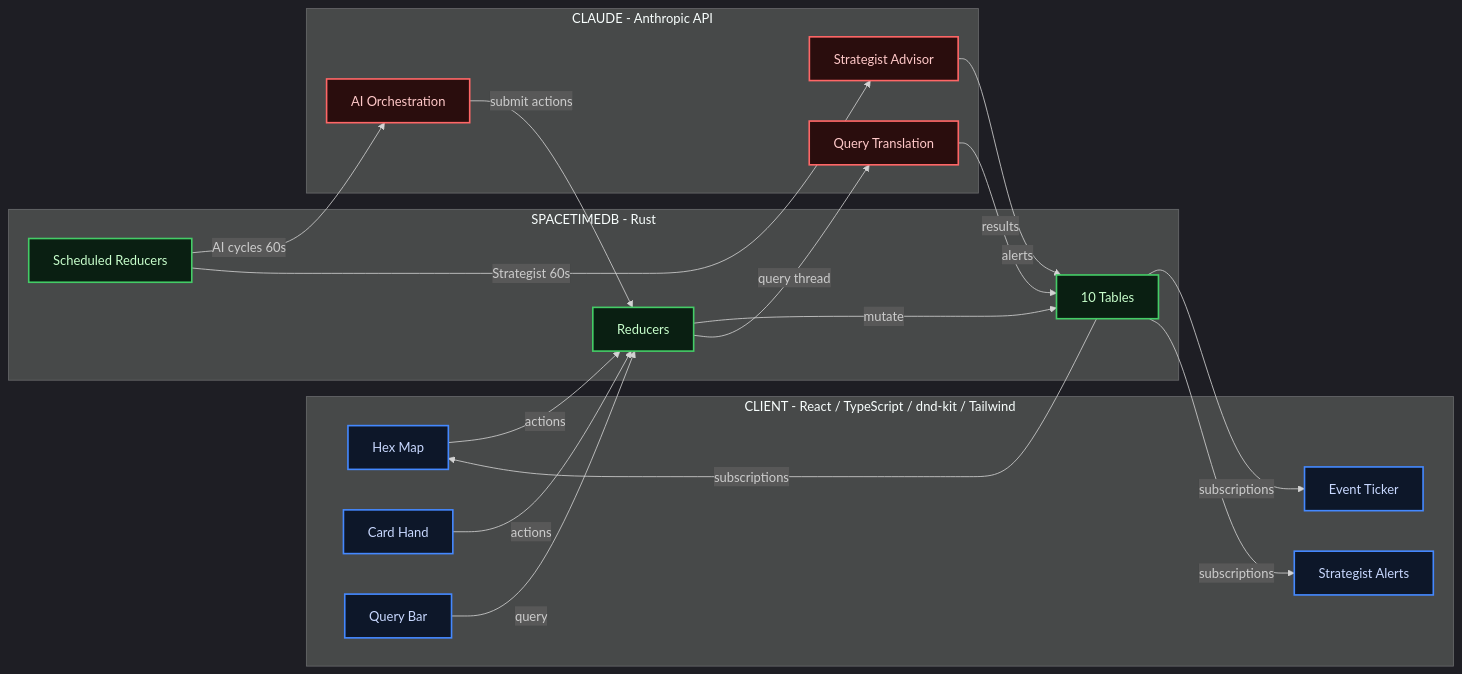
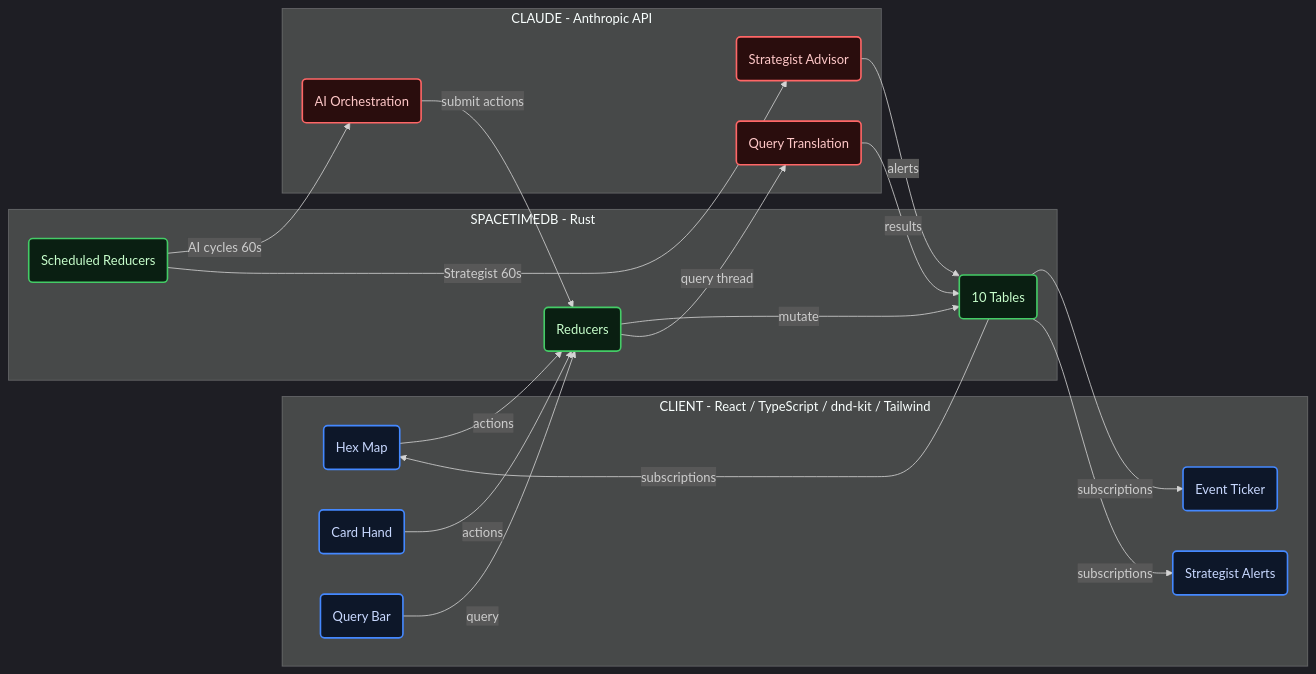
The diagram in README.md (rlin25/RiskDominion), drawn with Mermaid before and after one commit.

Commit message:
Round node corners in README architecture diagram
Switch all nodes from ["text"] to ("text") for rounded corners.

````diff
--- a/README.md
+++ b/README.md
@@ -9,41 +9,41 @@
 ```mermaid
 %%{init: {"theme": "dark"}}%%
 flowchart LR
     classDef client fill:#0d1729,stroke:#4488FF,stroke-width:2px,color:#c8d8ff
     classDef server fill:#0a1f12,stroke:#44CC66,stroke-width:2px,color:#c8ffcc
     classDef ai fill:#2a0d0d,stroke:#FF6666,stroke-width:2px,color:#ffc8c8
 
     subgraph C["CLIENT - React / TypeScript / dnd-kit / Tailwind"]
-        MAP["Hex Map"]:::client
-        HAND["Card Hand"]:::client
-        QB["Query Bar"]:::client
-        TICKER["Event Ticker"]:::client
-        ALERTS["Strategist Alerts"]:::client
+        MAP("Hex Map"):::client
+        HAND("Card Hand"):::client
+        QB("Query Bar"):::client
+        TICKER("Event Ticker"):::client
+        ALERTS("Strategist Alerts"):::client
     end
 
     subgraph S["SPACETIMEDB - Rust"]
-        RED["Reducers"]:::server
-        TAB["10 Tables"]:::server
-        SCH["Scheduled Reducers"]:::server
+        RED("Reducers"):::server
+        TAB("10 Tables"):::server
+        SCH("Scheduled Reducers"):::server
     end
 
     subgraph A["CLAUDE - Anthropic API"]
-        ORCH["AI Orchestration"]:::ai
-        NLQ["Query Translation"]:::ai
-        STRAT["Strategist Advisor"]:::ai
+        ORCH("AI Orchestration"):::ai
+        NLQ("Query Translation"):::ai
+        STRAT("Strategist Advisor"):::ai
     end
 
     MAP -->|"actions"| RED
     HAND -->|"actions"| RED
     QB -->|"query"| RED
     RED -->|"mutate"| TAB
     TAB -->|"subscriptions"| MAP
     TAB -->|"subscriptions"| TICKER
     TAB -->|"subscriptions"| ALERTS
     SCH -->|"AI cycles 60s"| ORCH
     SCH -->|"Strategist 60s"| STRAT
     RED -->|"query thread"| NLQ
     ORCH -->|"submit actions"| RED
     NLQ -->|"results"| TAB
     STRAT -->|"alerts"| TAB
 ```
````
